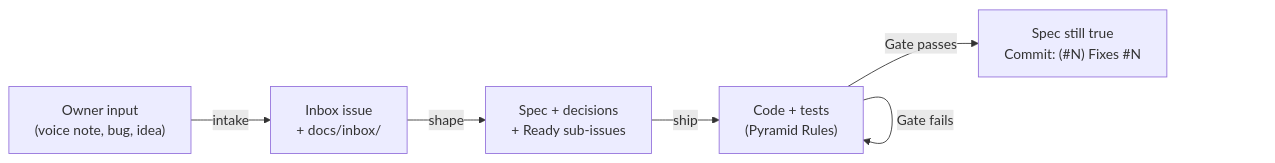
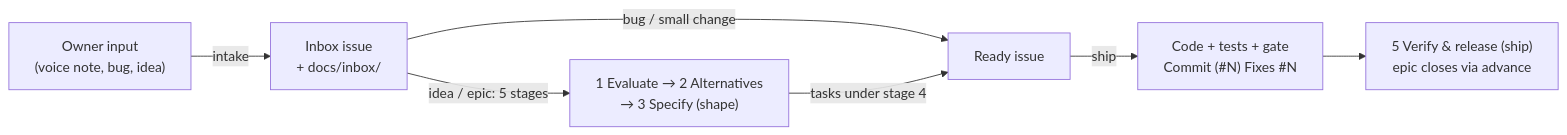
The diagram in AGENTS.md (kandraos3/Telly), drawn with Mermaid before and after one commit. The commit also changed other lines of this file and 19 other files, not shown here.

First line of the commit message:
chore(process): standard idea stages, PM operating model, drift-proof agent instructions (#112)

````diff
--- a/AGENTS.md
+++ b/AGENTS.md
@@ -93,8 +121,9 @@
 ```mermaid
 flowchart LR
     A["Owner input<br>(voice note, bug, idea)"] -->|intake| B["Inbox issue<br>+ docs/inbox/"]
-    B -->|shape| C["Spec + decisions<br>+ Ready sub-issues"]
-    C -->|ship| D["Code + tests<br>(Pyramid Rules)"]
-    D -->|Gate fails| D
-    D -->|Gate passes| E["Spec still true<br>Commit: (#N) Fixes #N"]
+    B -->|"bug / small change"| T["Ready issue"]
+    B -->|"idea / epic: 5 stages"| E["1 Evaluate → 2 Alternatives<br>→ 3 Specify (shape)"]
+    E -->|"tasks under stage 4"| T
+    T -->|ship| D["Code + tests + gate<br>Commit (#N) Fixes #N"]
+    D --> V["5 Verify & release (ship)<br>epic closes via advance"]
 ```
````
